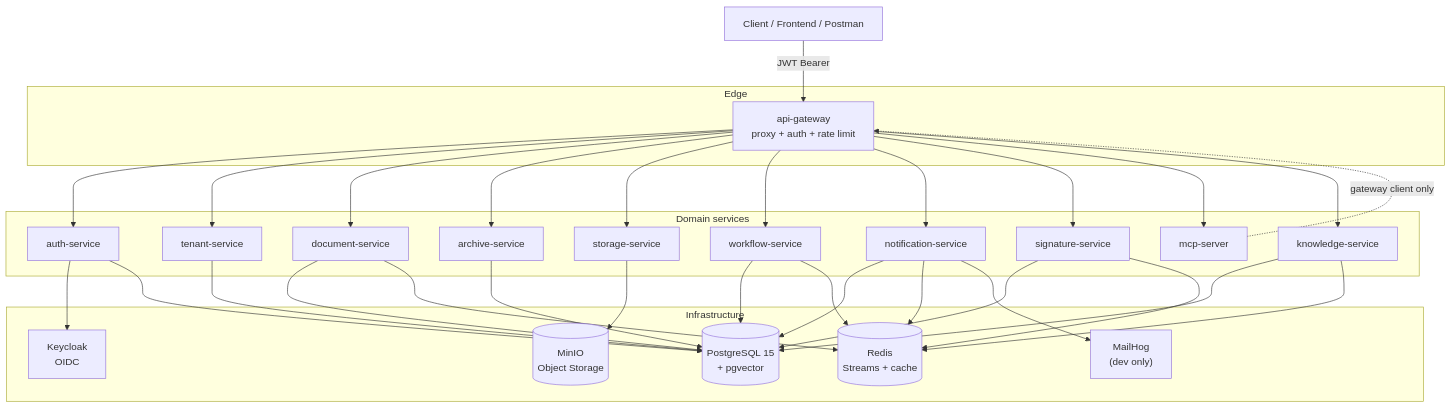
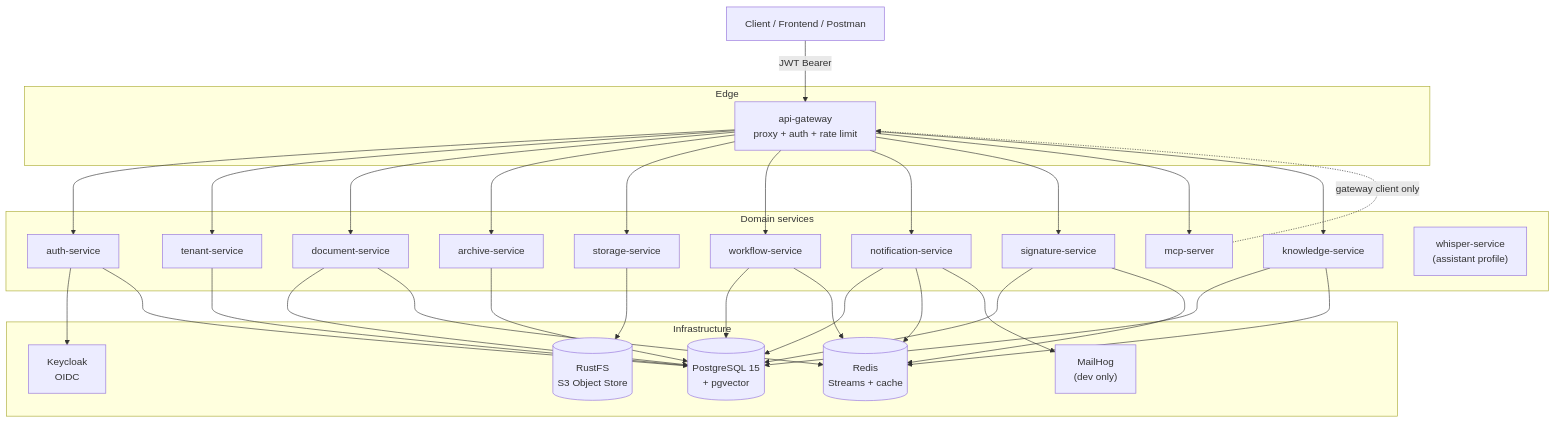
Before and after one commit to camilo1rp/docuboto: the first of 5 diagrams in docs/en/architecture.md, drawn with Mermaid. The commit also changed other lines of this file and 45 other files, not shown here.

````diff
--- a/docs/en/architecture.md
+++ b/docs/en/architecture.md
@@ -15,59 +15,60 @@
 ```mermaid
 graph TB
     Cliente["Client / Frontend / Postman"]
 
     subgraph edge["Edge"]
         GW["api-gateway<br/>proxy + auth + rate limit"]
     end
 
     subgraph core["Domain services"]
         AUTH["auth-service"]
         TEN["tenant-service"]
         DOC["document-service"]
         ARC["archive-service"]
         STO["storage-service"]
         WF["workflow-service"]
         NOT["notification-service"]
         SIG["signature-service"]
         MCP["mcp-server"]
         KNO["knowledge-service"]
+        WHI["whisper-service<br/>(assistant profile)"]
     end
 
     subgraph infra["Infrastructure"]
         PG[("PostgreSQL 15<br/>+ pgvector")]
         REDIS[("Redis<br/>Streams + cache")]
-        MINIO[("MinIO<br/>Object Storage")]
+        MINIO[("RustFS<br/>S3 Object Store")]
         KC["Keycloak<br/>OIDC"]
         MAIL["MailHog<br/>(dev only)"]
     end
 
     Cliente -->|JWT Bearer| GW
     GW --> AUTH
     GW --> TEN
     GW --> DOC
     GW --> ARC
     GW --> STO
     GW --> WF
     GW --> NOT
     GW --> SIG
     GW --> MCP
     GW --> KNO
 
     AUTH --> KC
     AUTH --> PG
     TEN --> PG
     DOC --> PG
     DOC --> REDIS
     ARC --> PG
     STO --> MINIO
     WF --> PG
     WF --> REDIS
     NOT --> PG
     NOT --> REDIS
     NOT --> MAIL
     SIG --> PG
     SIG --> REDIS
     KNO --> PG
     KNO --> REDIS
     MCP -.->|gateway client only| GW
 ```
````
